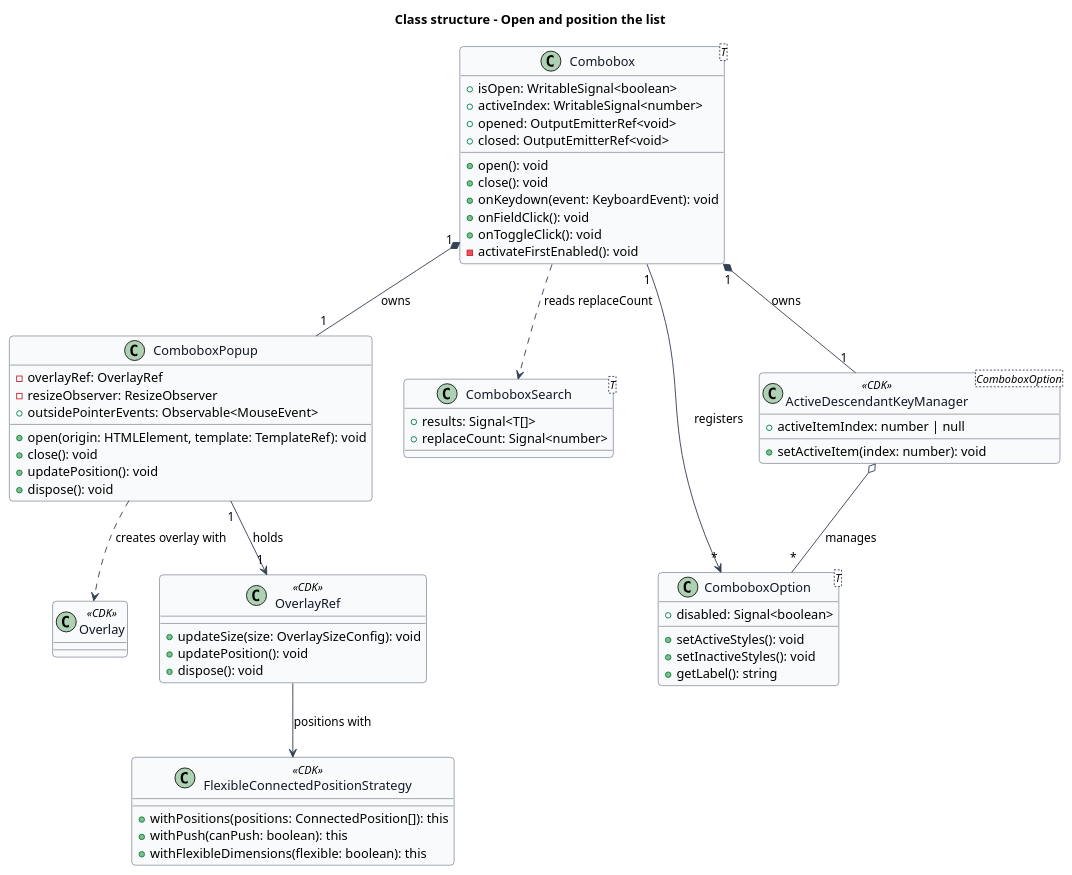
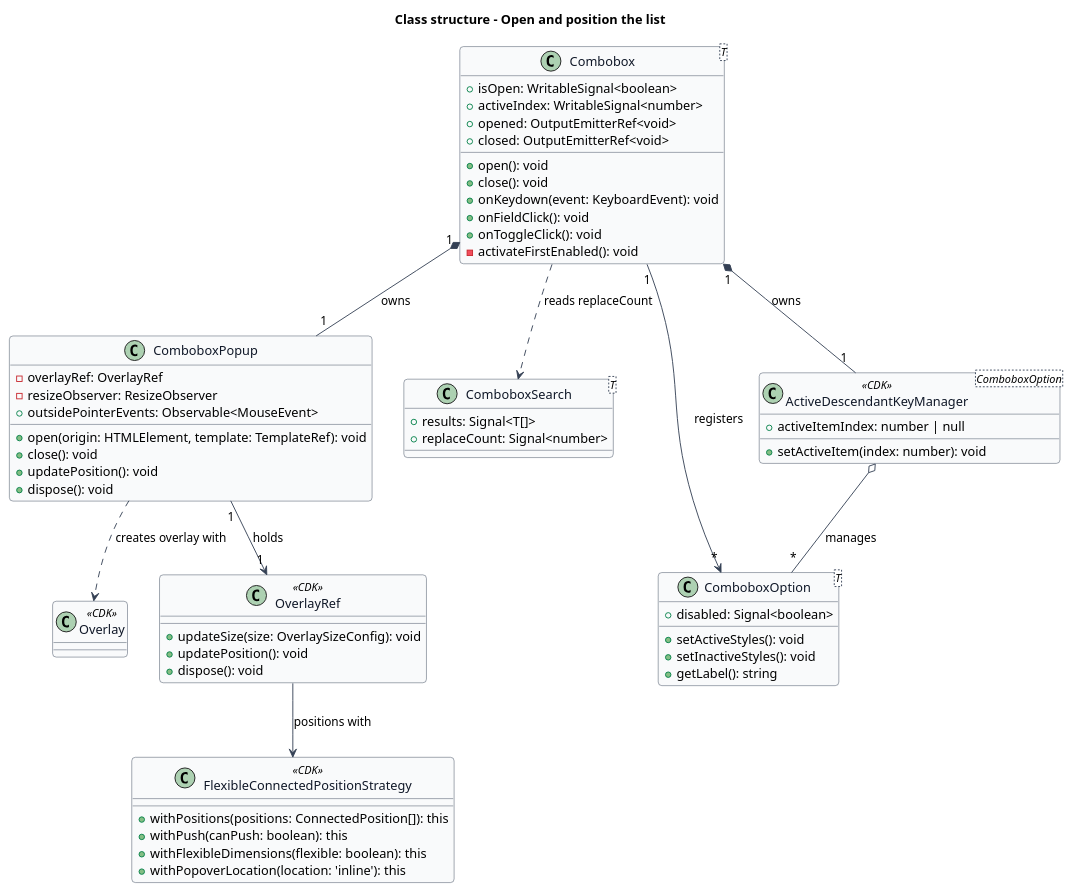
Before and after one commit to QuinntyneBrown/Tessera: the diagram in docs/detailed-designs/combobox/open-and-position-list/diagrams/class-structure.puml, drawn with PlantUML. The commit also changed 26 other files, not shown here.

```diff
--- a/docs/detailed-designs/combobox/open-and-position-list/diagrams/class-structure.puml
+++ b/docs/detailed-designs/combobox/open-and-position-list/diagrams/class-structure.puml
@@ -1,74 +1,75 @@
 @startuml
 title Class structure - Open and position the list
 skinparam backgroundColor #FFFFFF
 skinparam shadowing false
 skinparam roundcorner 8
 skinparam defaultFontName Arial
 skinparam ArrowColor #344054
 skinparam class {
   BorderColor #344054
   FontColor #101828
   BackgroundColor #F9FAFB
 }
 
 class "Combobox<T>" as Combobox {
   +isOpen: WritableSignal<boolean>
   +activeIndex: WritableSignal<number>
   +opened: OutputEmitterRef<void>
   +closed: OutputEmitterRef<void>
   +open(): void
   +close(): void
   +onKeydown(event: KeyboardEvent): void
   +onFieldClick(): void
   +onToggleClick(): void
   -activateFirstEnabled(): void
 }
 
 class ComboboxPopup {
   -overlayRef: OverlayRef
   -resizeObserver: ResizeObserver
   +outsidePointerEvents: Observable<MouseEvent>
   +open(origin: HTMLElement, template: TemplateRef): void
   +close(): void
   +updatePosition(): void
   +dispose(): void
 }
 
 class "ComboboxSearch<T>" as ComboboxSearch {
   +results: Signal<T[]>
   +replaceCount: Signal<number>
 }
 
 class "ComboboxOption<T>" as ComboboxOption {
   +disabled: Signal<boolean>
   +setActiveStyles(): void
   +setInactiveStyles(): void
   +getLabel(): string
 }
 
 class "ActiveDescendantKeyManager<ComboboxOption>" as KeyManager <<CDK>> {
   +activeItemIndex: number | null
   +setActiveItem(index: number): void
 }
 
 class Overlay <<CDK>>
 class OverlayRef <<CDK>> {
   +updateSize(size: OverlaySizeConfig): void
   +updatePosition(): void
   +dispose(): void
 }
 class FlexibleConnectedPositionStrategy <<CDK>> {
   +withPositions(positions: ConnectedPosition[]): this
   +withPush(canPush: boolean): this
   +withFlexibleDimensions(flexible: boolean): this
+  +withPopoverLocation(location: 'inline'): this
 }
 
 Combobox "1" *-- "1" ComboboxPopup : owns
 Combobox "1" *-- "1" KeyManager : owns
 Combobox "1" --> "*" ComboboxOption : registers
 Combobox ..> ComboboxSearch : reads replaceCount
 KeyManager o-- "*" ComboboxOption : manages
 ComboboxPopup ..> Overlay : creates overlay with
 ComboboxPopup "1" --> "1" OverlayRef : holds
 OverlayRef --> FlexibleConnectedPositionStrategy : positions with
 @enduml
```
